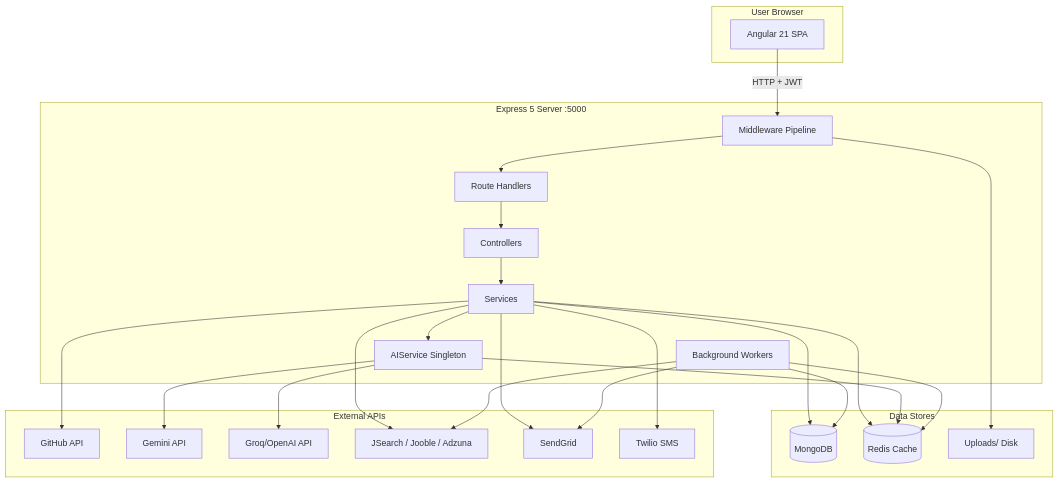
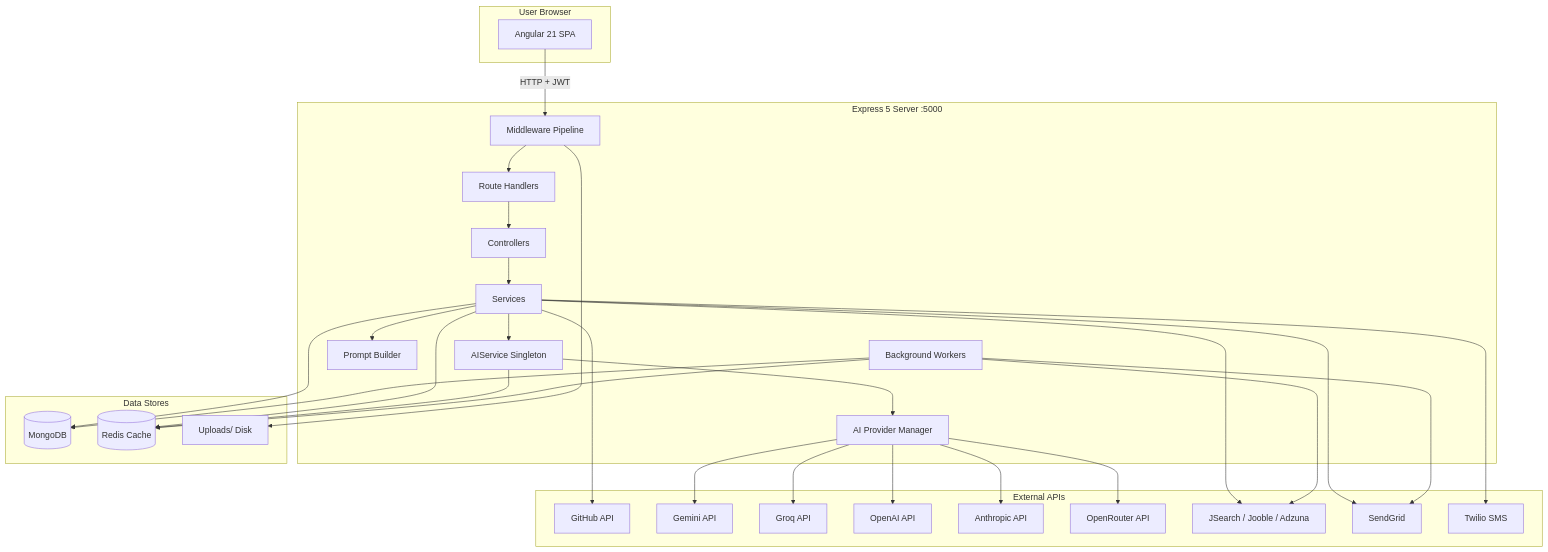
One commit to AhmadDhariwal/Developer-Portfolio-Analyzer changed the first of 2 diagrams in docs/ARCHITECTURE.md. Above: the diagram before and after it, drawn with Mermaid. The commit also changed other lines of this file and 28 other files, not shown here.

````diff
--- a/docs/ARCHITECTURE.md
+++ b/docs/ARCHITECTURE.md
@@ -5,50 +5,60 @@
 ```mermaid
 graph TB
     subgraph Browser["User Browser"]
         NG[Angular 21 SPA]
     end
 
     subgraph Express["Express 5 Server :5000"]
         MID[Middleware Pipeline]
         RTR[Route Handlers]
         CTL[Controllers]
         SVC[Services]
         AI[AIService Singleton]
+        AIPM[AI Provider Manager]
+        PB[Prompt Builder]
         WKR[Background Workers]
     end
 
     subgraph Storage["Data Stores"]
         MONGO[(MongoDB)]
         REDIS[(Redis Cache)]
         DISK[Uploads/ Disk]
     end
 
     subgraph External["External APIs"]
         GH[GitHub API]
         GEM[Gemini API]
-        GROQ[Groq/OpenAI API]
+        GROQ[Groq API]
+        OAI[OpenAI API]
+        ANT[Anthropic API]
+        OR[OpenRouter API]
         JOB[JSearch / Jooble / Adzuna]
         SG[SendGrid]
         TW[Twilio SMS]
     end
 
     NG -->|HTTP + JWT| MID
     MID --> RTR
     RTR --> CTL
     CTL --> SVC
     SVC --> AI
+    SVC --> PB
+    AI --> AIPM
     SVC --> MONGO
     SVC --> REDIS
     SVC --> GH
     SVC --> JOB
     SVC --> SG
     SVC --> TW
-    AI --> GROQ
-    AI --> GEM
+    AIPM --> GROQ
+    AIPM --> OAI
+    AIPM --> GEM
+    AIPM --> ANT
+    AIPM --> OR
     AI --> REDIS
     MID --> DISK
     WKR --> MONGO
     WKR --> REDIS
     WKR --> SG
     WKR --> JOB
 ```
````
